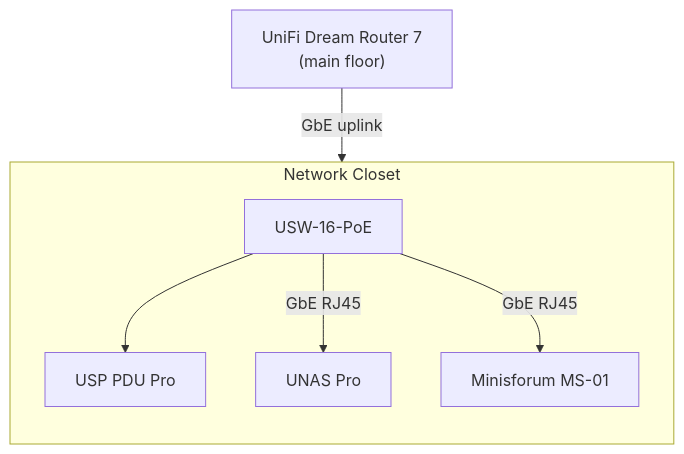
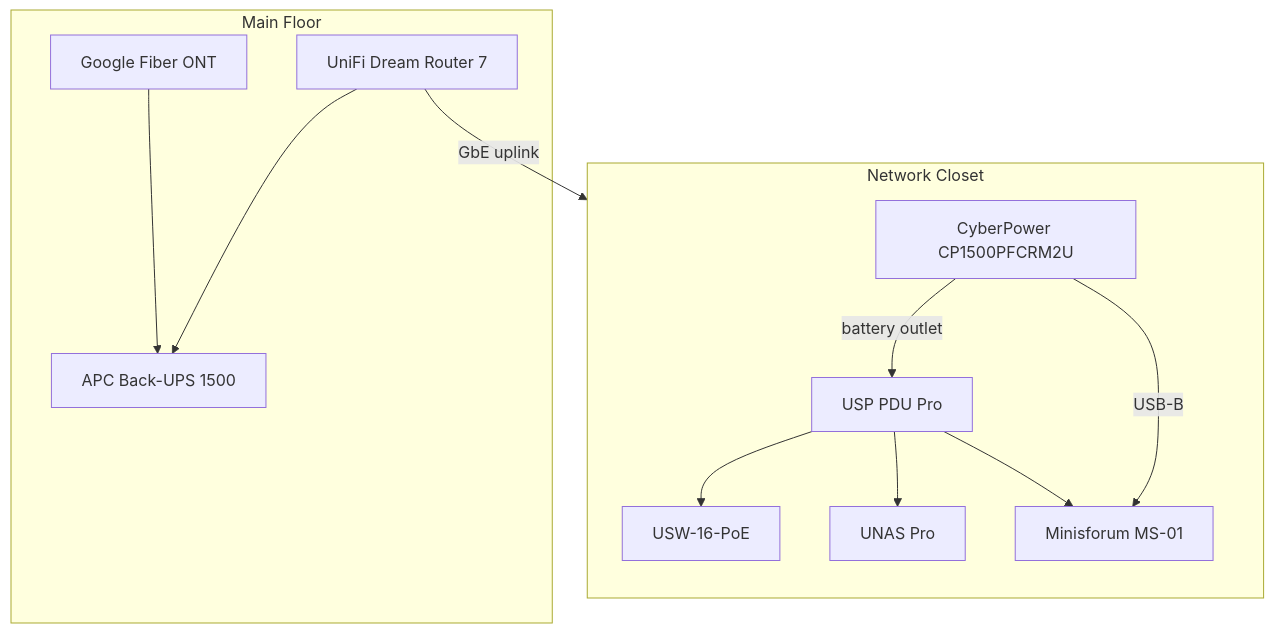
One commit to kyleseneker/homelab changed the diagram in docs/reference/hardware.md. Above: the diagram before and after it, drawn with Mermaid. The commit also changed other lines of this file, not shown here.

Commit message:
docs: add CyberPower and APC UPS to hardware inventory

````diff
--- a/docs/reference/hardware.md
+++ b/docs/reference/hardware.md
@@ -24,15 +24,24 @@
 ```mermaid
 graph TD
+    subgraph main_floor ["Main Floor"]
+        APC["APC Back-UPS 1500"]
+        FIBER["Google Fiber ONT"] --> APC
+        DR7["UniFi Dream Router 7"] --> APC
+    end
+
     subgraph rack ["Network Closet"]
         direction TB
+        UPS["CyberPower CP1500PFCRM2U"]
+        PDU["USP PDU Pro"]
         SW["USW-16-PoE"]
-        PDU["USP PDU Pro"]
         NAS["UNAS Pro"]
         MS01["Minisforum MS-01"]
+        UPS -->|"battery outlet"| PDU
+        PDU --> SW
+        PDU --> NAS
+        PDU --> MS01
     end
 
-    DR7["UniFi Dream Router 7<br/>(main floor)"] -->|"GbE uplink"| SW
-    SW --> PDU
-    SW -->|"GbE RJ45"| NAS
-    SW -->|"GbE RJ45"| MS01
+    DR7 -->|"GbE uplink"| SW
+    UPS -->|"USB-B"| MS01
 ```
````
